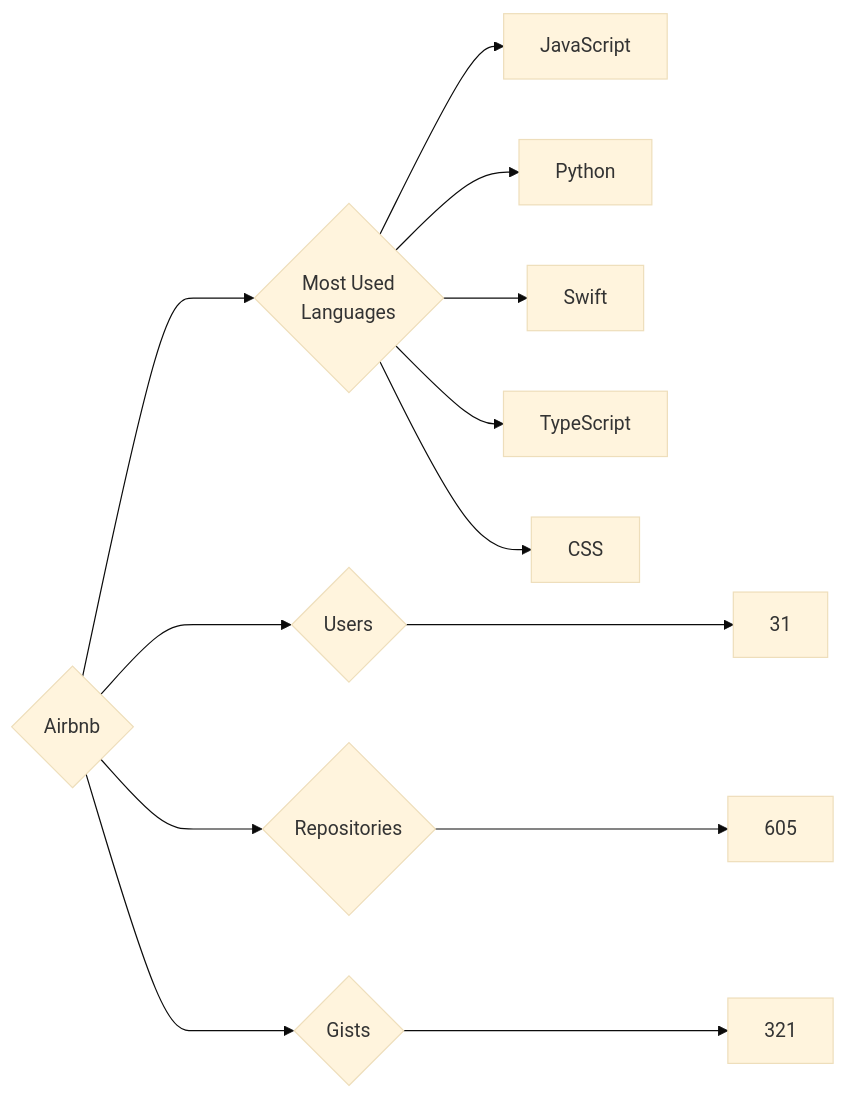
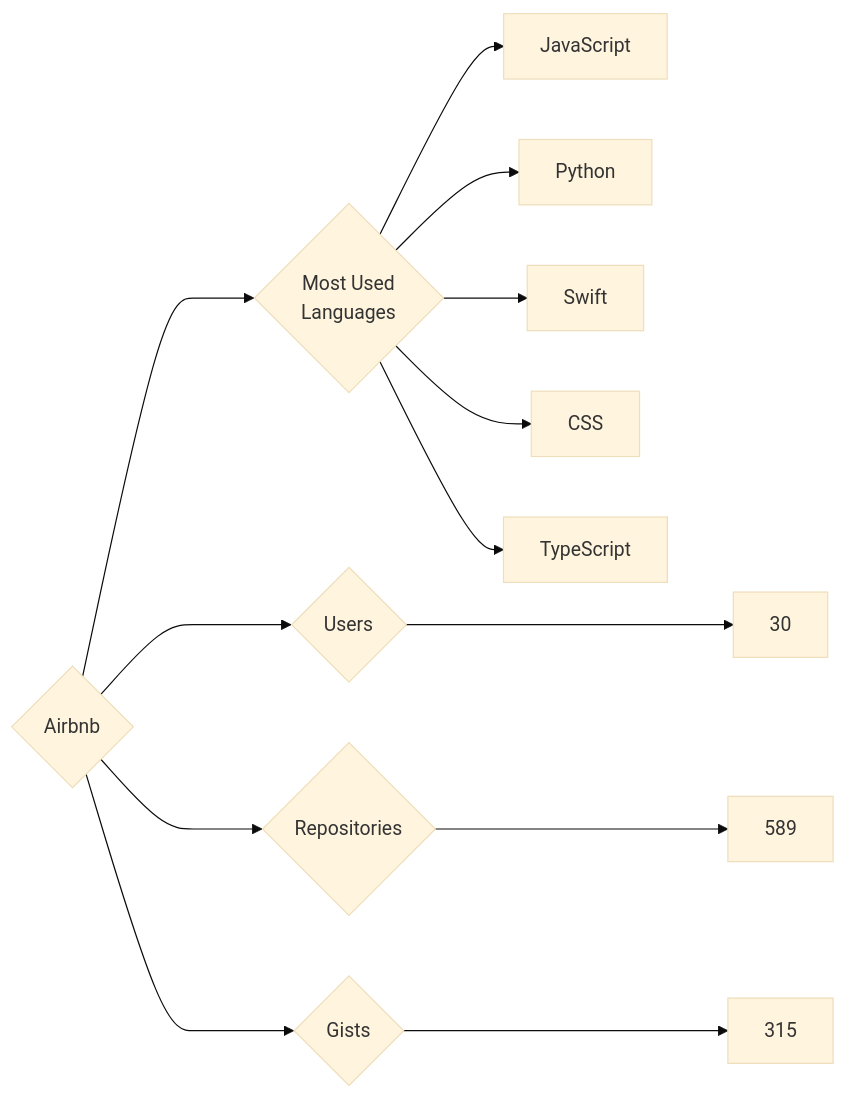
Before and after one commit to trickest/insiders: the diagram in targets/Airbnb/README.md, drawn with Mermaid (base theme). The commit also changed 899 other files, not shown here.

````diff
--- a/targets/Airbnb/README.md
+++ b/targets/Airbnb/README.md
@@ -3,13 +3,13 @@
 ```mermaid
 graph LR
 COMPANY_NAME{Airbnb}
-COMPANY_NAME ---> U{Users} ---> UN[31]
-COMPANY_NAME ---> R{Repositories} ---> RN[605]
-COMPANY_NAME ---> G{Gists} ---> GN[321]
+COMPANY_NAME ---> U{Users} ---> UN[30]
+COMPANY_NAME ---> R{Repositories} ---> RN[589]
+COMPANY_NAME ---> G{Gists} ---> GN[315]
 COMPANY_NAME ---> ML{Most Used<br>Languages}
 ML --> JavaScript[JavaScript]
 ML --> Python[Python]
 ML --> Swift[Swift]
+ML --> CSS[CSS]
 ML --> TypeScript[TypeScript]
-ML --> CSS[CSS]
 ```
````
